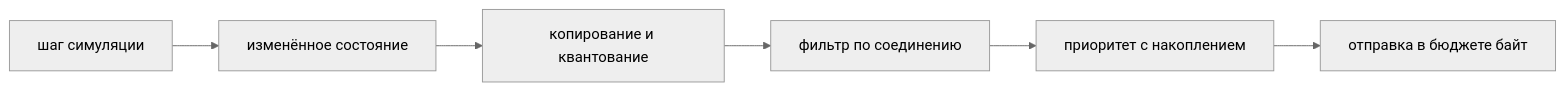
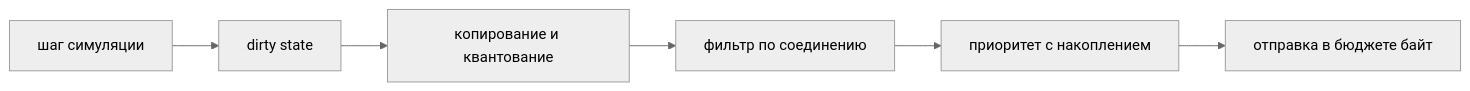
The diagram in src/content/docs/ru/core/engine-research.md (l2nx/nx-dev-web), drawn with Mermaid (neutral theme) before and after one commit. The commit also changed other lines of this file and 7 other files, not shown here.

````diff
--- a/src/content/docs/ru/core/engine-research.md
+++ b/src/content/docs/ru/core/engine-research.md
@@ -240,8 +240,8 @@
 ```mermaid
 flowchart LR
-  S[шаг симуляции] --> D[изменённое состояние]
+  S[шаг симуляции] --> D[dirty state]
   D --> Q[копирование и квантование]
   Q --> F[фильтр по соединению]
   F --> P[приоритет с накоплением]
   P --> B[отправка в бюджете байт]
 ```
````
